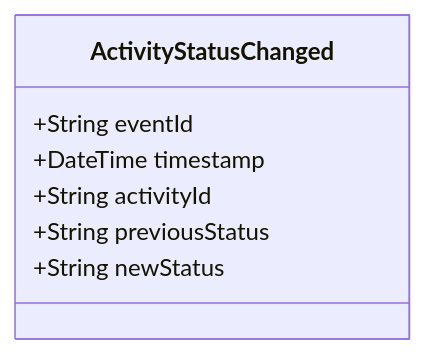
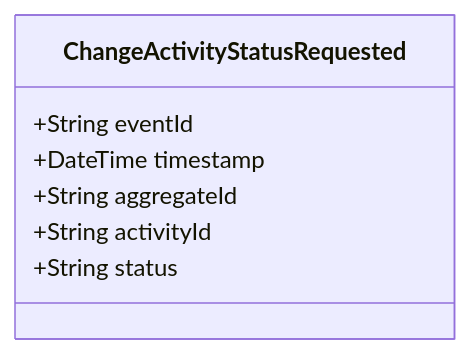
The diagram in doc/events/ActivityStatusChanged.md (pgraff/police-system), drawn with Mermaid before and after one commit. The commit also changed other lines of this file and 58 other files, not shown here.

````diff
--- a/doc/events/ActivityStatusChanged.md
+++ b/doc/events/ActivityStatusChanged.md
@@ -9,10 +9,10 @@
 ```mermaid
 classDiagram
-    class ActivityStatusChanged {
+    class ChangeActivityStatusRequested {
         +String eventId
         +DateTime timestamp
+        +String aggregateId
         +String activityId
-        +String previousStatus
-        +String newStatus
+        +String status
     }
 ```
````
